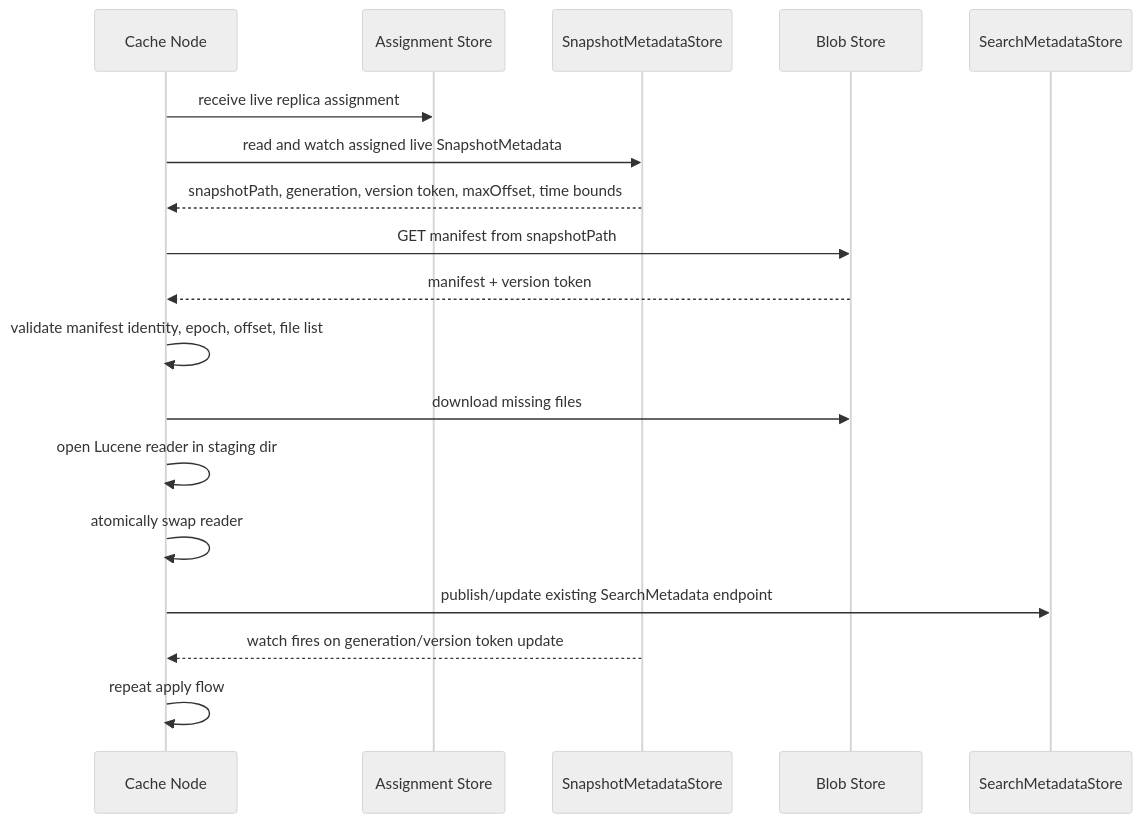
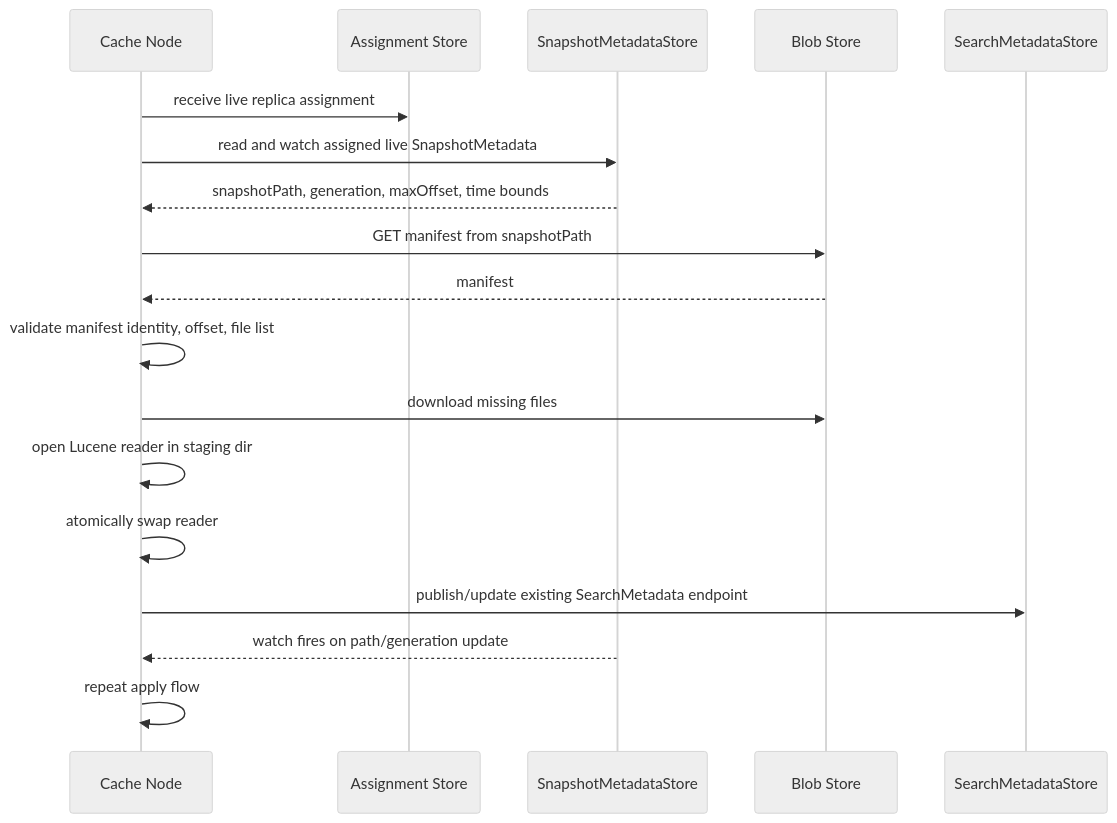
Before and after one commit to vrajat/kaldb: the third of 4 diagrams in docs/adr/nrt_design.md, drawn with Mermaid (neutral theme). The commit also changed other lines of this file and 19 other files, not shown here.

````diff
--- a/docs/adr/nrt_design.md
+++ b/docs/adr/nrt_design.md
@@ -297,21 +285,21 @@
 ```mermaid
 sequenceDiagram
   participant C as Cache Node
   participant A as Assignment Store
   participant Z as SnapshotMetadataStore
   participant B as Blob Store
   participant Q as SearchMetadataStore
 
   C->>A: receive live replica assignment
   C->>Z: read and watch assigned live SnapshotMetadata
-  Z-->>C: snapshotPath, generation, version token, maxOffset, time bounds
+  Z-->>C: snapshotPath, generation, maxOffset, time bounds
   C->>B: GET manifest from snapshotPath
-  B-->>C: manifest + version token
-  C->>C: validate manifest identity, epoch, offset, file list
+  B-->>C: manifest
+  C->>C: validate manifest identity, offset, file list
   C->>B: download missing files
   C->>C: open Lucene reader in staging dir
   C->>C: atomically swap reader
   C->>Q: publish/update existing SearchMetadata endpoint
-  Z-->>C: watch fires on generation/version token update
+  Z-->>C: watch fires on path/generation update
   C->>C: repeat apply flow
 ```
````
